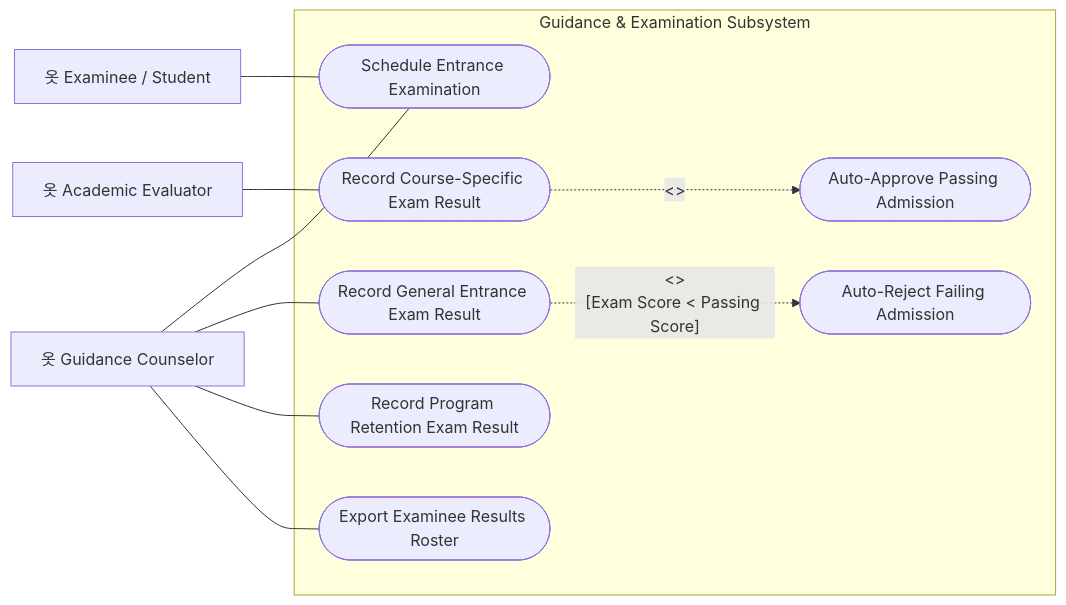
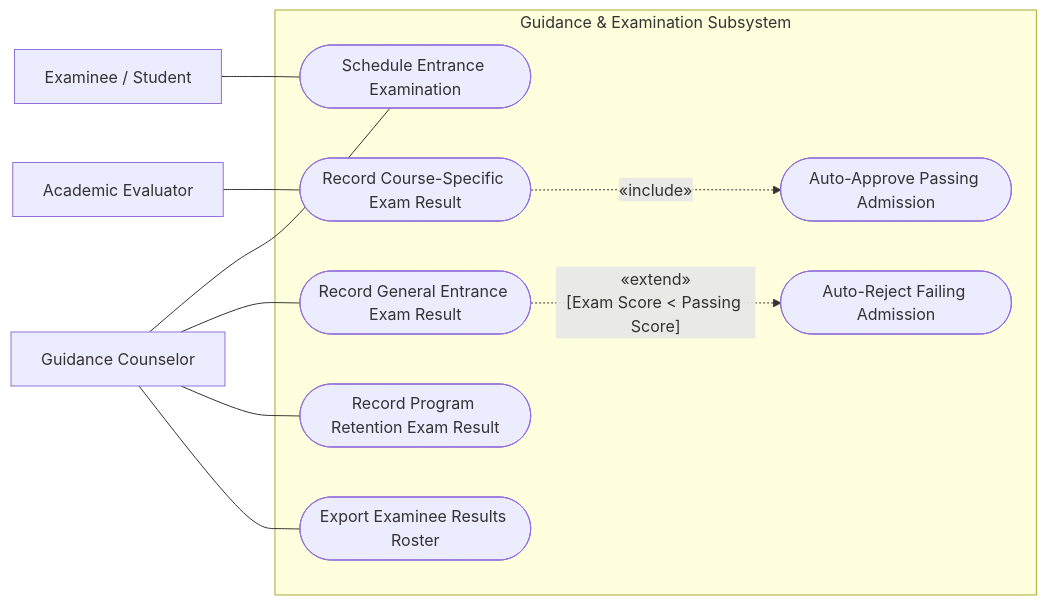
Before and after one commit to kirbygeagonia-create/EnrollmentManagementSystem: the seventh of 17 diagrams in Documentation/Use-Case-Diagram-Guide.md, drawn with Mermaid. The commit also changed other lines of this file and 51 other files, not shown here.

````diff
--- a/Documentation/Use-Case-Diagram-Guide.md
+++ b/Documentation/Use-Case-Diagram-Guide.md
@@ -357,26 +359,26 @@
 ```mermaid
 flowchart LR
-    A_Gui["옷 Guidance Counselor"]
-    A_Eval["옷 Academic Evaluator"]
-    A_App["옷 Examinee / Student"]
+    A_Gui["Guidance Counselor"]
+    A_Eval["Academic Evaluator"]
+    A_App["Examinee / Student"]
 
     subgraph SYSTEM ["Guidance & Examination Subsystem"]
         UC_EX01(["Schedule Entrance Examination"])
         UC_EX02(["Record General Entrance Exam Result"])
         UC_EX03(["Record Course-Specific Exam Result"])
         UC_EX04(["Record Program Retention Exam Result"])
         UC_EX05(["Auto-Approve Passing Admission"])
         UC_EX06(["Auto-Reject Failing Admission"])
         UC_EX07(["Export Examinee Results Roster"])
     end
 
     A_Gui --- UC_EX01
     A_Gui --- UC_EX02
     A_Gui --- UC_EX04
     A_Gui --- UC_EX07
     A_Eval --- UC_EX03
     A_App --- UC_EX01
 
-    UC_EX03 -.->|"<<include>>"| UC_EX05
-    UC_EX02 -.->|"<<extend>>\n[Exam Score < Passing Score]"| UC_EX06
+    UC_EX03 -.->|"«include»"| UC_EX05
+    UC_EX02 -.->|"«extend»\n[Exam Score < Passing Score]"| UC_EX06
 ```
````
